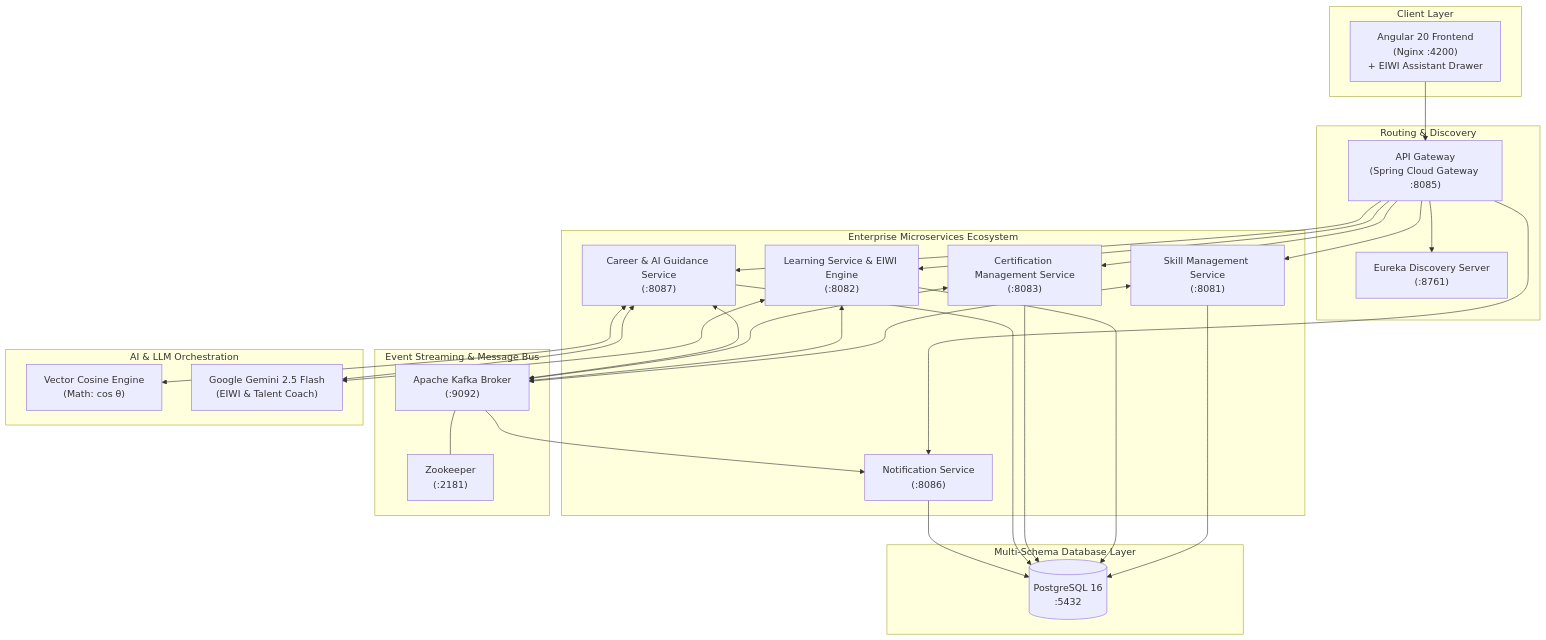
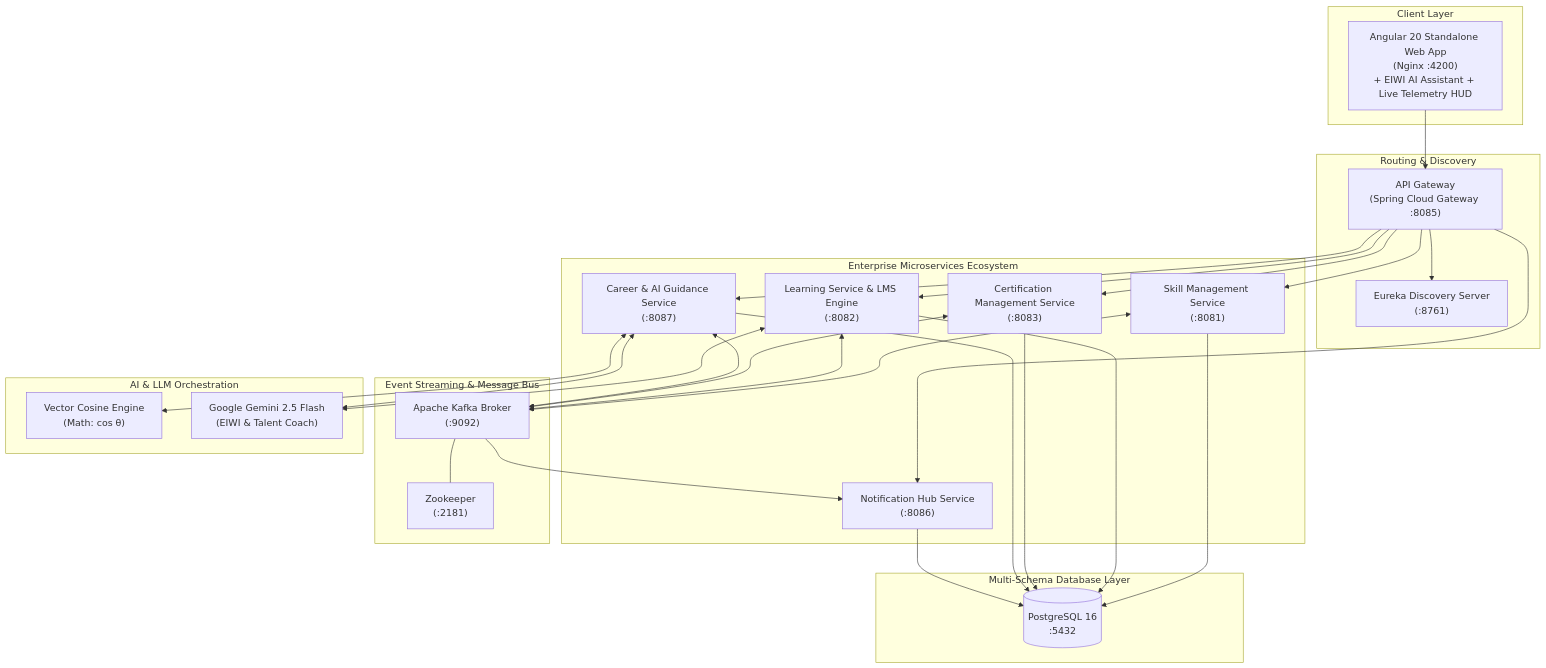
Before and after one commit to Srijita2004/Enterprise-Learning-Platform-with-skill-and-career-guidance-system: the diagram in README.md, drawn with Mermaid. The commit also changed other lines of this file and 94 other files, not shown here.

````diff
--- a/README.md
+++ b/README.md
@@ -20,51 +20,51 @@
 ```mermaid
 flowchart TD
     subgraph ClientLayer ["Client Layer"]
-        UI["Angular 20 Frontend\n(Nginx :4200)\n+ EIWI Assistant Drawer"]
+        UI["Angular 20 Standalone Web App\n(Nginx :4200)\n+ EIWI AI Assistant + Live Telemetry HUD"]
     end
 
     subgraph GatewayLayer ["Routing & Discovery"]
         GW["API Gateway\n(Spring Cloud Gateway :8085)"]
         EUREKA["Eureka Discovery Server\n(:8761)"]
     end
 
     subgraph Microservices ["Enterprise Microservices Ecosystem"]
         M1["Skill Management Service\n(:8081)"]
-        M2["Learning Service & EIWI Engine\n(:8082)"]
+        M2["Learning Service & LMS Engine\n(:8082)"]
         M3["Certification Management Service\n(:8083)"]
         M4["Career & AI Guidance Service\n(:8087)"]
-        NOTIF["Notification Service\n(:8086)"]
+        NOTIF["Notification Hub Service\n(:8086)"]
     end
 
     subgraph Messaging ["Event Streaming & Message Bus"]
         KAFKA["Apache Kafka Broker\n(:9092)"]
         ZK["Zookeeper\n(:2181)"]
     end
 
     subgraph Storage ["Multi-Schema Database Layer"]
         DB[(PostgreSQL 16\n:5432)]
     end
 
     subgraph AIIntelligence ["AI & LLM Orchestration"]
         VEC["Vector Cosine Engine\n(Math: cos θ)"]
         GEMINI["Google Gemini 2.5 Flash\n(EIWI & Talent Coach)"]
     end
 
     UI --> GW
     GW --> EUREKA
     GW --> M1
     GW --> M2
     GW --> M3
     GW --> M4
     GW --> NOTIF
 
     M1 & M2 & M3 & M4 <--> KAFKA
     KAFKA --> NOTIF
     KAFKA --- ZK
 
     M1 & M2 & M3 & M4 & NOTIF --> DB
 
     M2 <--> GEMINI
     M4 <--> VEC
     M4 <--> GEMINI
 ```
````
